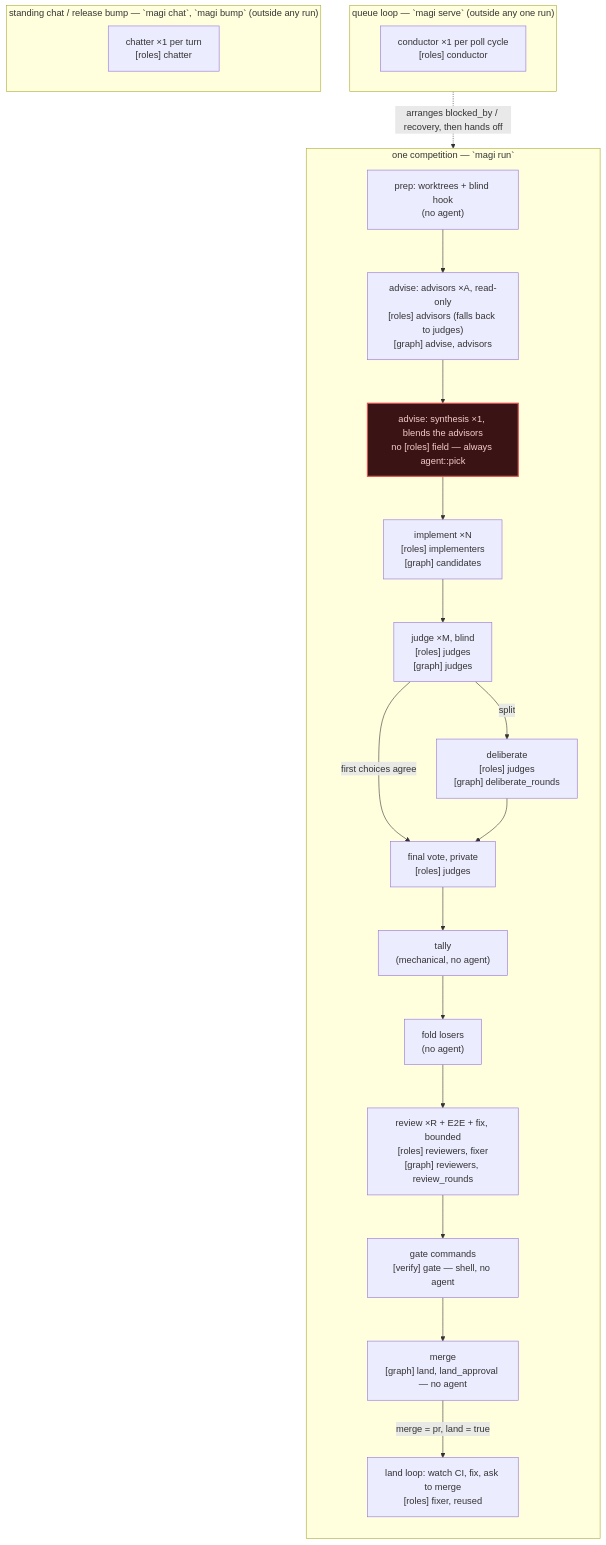
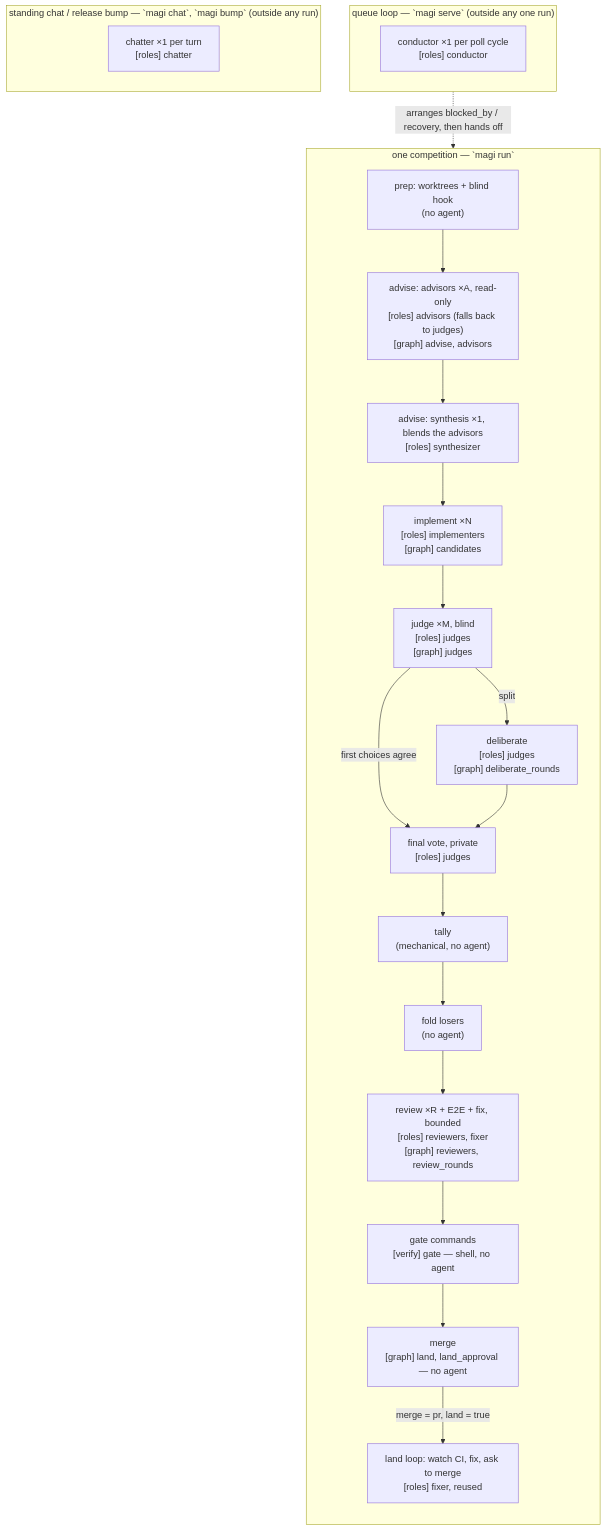
Before and after one commit to yukimemi/magi: the diagram in README.md, drawn with Mermaid. The commit also changed other lines of this file and 3 other files, not shown here.

First line of the commit message:
Add a `[roles]` field to pin the design-deliberation synthesis seat to a

````diff
--- a/README.md
+++ b/README.md
@@ -22,39 +22,36 @@
 ```mermaid
 flowchart TD
   subgraph Q["queue loop — `magi serve` (outside any one run)"]
     direction LR
     conductor["conductor ×1 per poll cycle\n[roles] conductor"]
   end
   conductor -.->|arranges blocked_by / recovery, then hands off| prep
 
   subgraph Run["one competition — `magi run`"]
     direction TB
     prep["prep: worktrees + blind hook\n(no agent)"]
     advisor["advise: advisors ×A, read-only\n[roles] advisors (falls back to judges)\n[graph] advise, advisors"]
-    synth["advise: synthesis ×1, blends the advisors\nno [roles] field — always agent::pick"]
+    synth["advise: synthesis ×1, blends the advisors\n[roles] synthesizer"]
     impl["implement ×N\n[roles] implementers\n[graph] candidates"]
     judge["judge ×M, blind\n[roles] judges\n[graph] judges"]
     delib["deliberate\n[roles] judges\n[graph] deliberate_rounds"]
     vote["final vote, private\n[roles] judges"]
     tally["tally\n(mechanical, no agent)"]
     fold["fold losers\n(no agent)"]
     review["review ×R + E2E + fix, bounded\n[roles] reviewers, fixer\n[graph] reviewers, review_rounds"]
     gate["gate commands\n[verify] gate — shell, no agent"]
     merge["merge\n[graph] land, land_approval — no agent"]
     land["land loop: watch CI, fix, ask to merge\n[roles] fixer, reused"]
 
     prep --> advisor --> synth --> impl --> judge
     judge -->|first choices agree| vote
     judge -->|split| delib --> vote
     vote --> tally --> fold --> review --> gate --> merge
     merge -->|merge = pr, land = true| land
   end
 
   subgraph Standalone["standing chat / release bump — `magi chat`, `magi bump` (outside any run)"]
     direction LR
     chatter["chatter ×1 per turn\n[roles] chatter"]
   end
-
-  classDef gap fill:#3a1414,stroke:#e05252,stroke-width:2px,color:#f5caca;
-  class synth gap;
 ```
````
